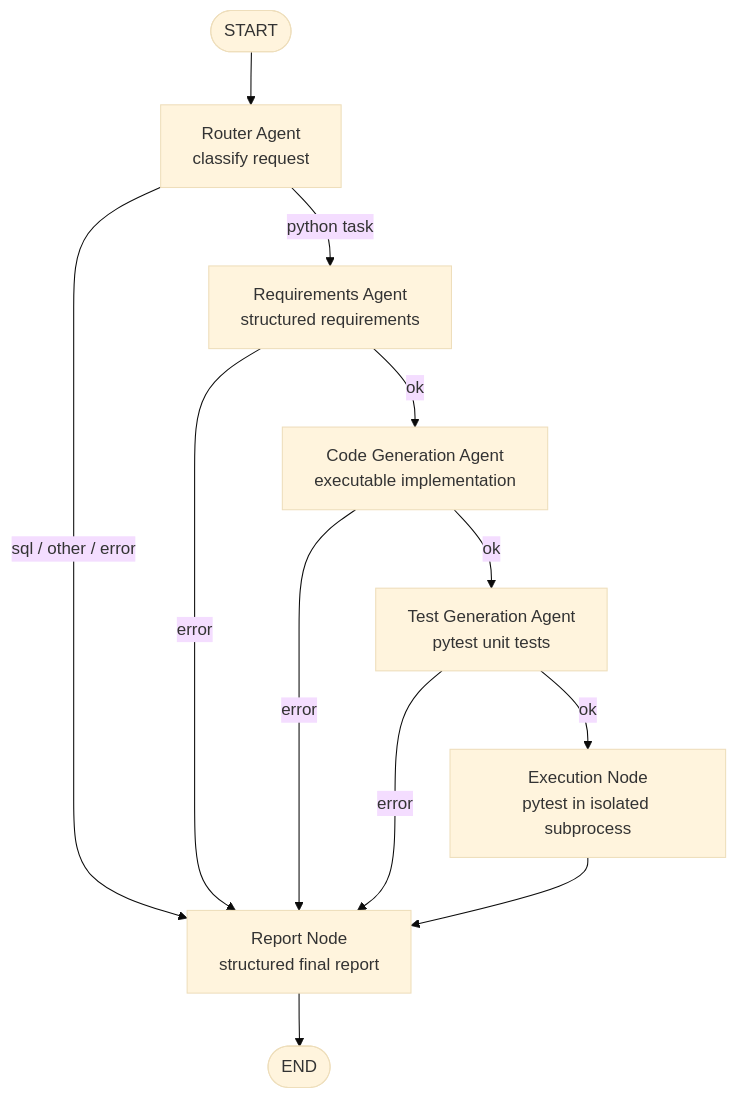
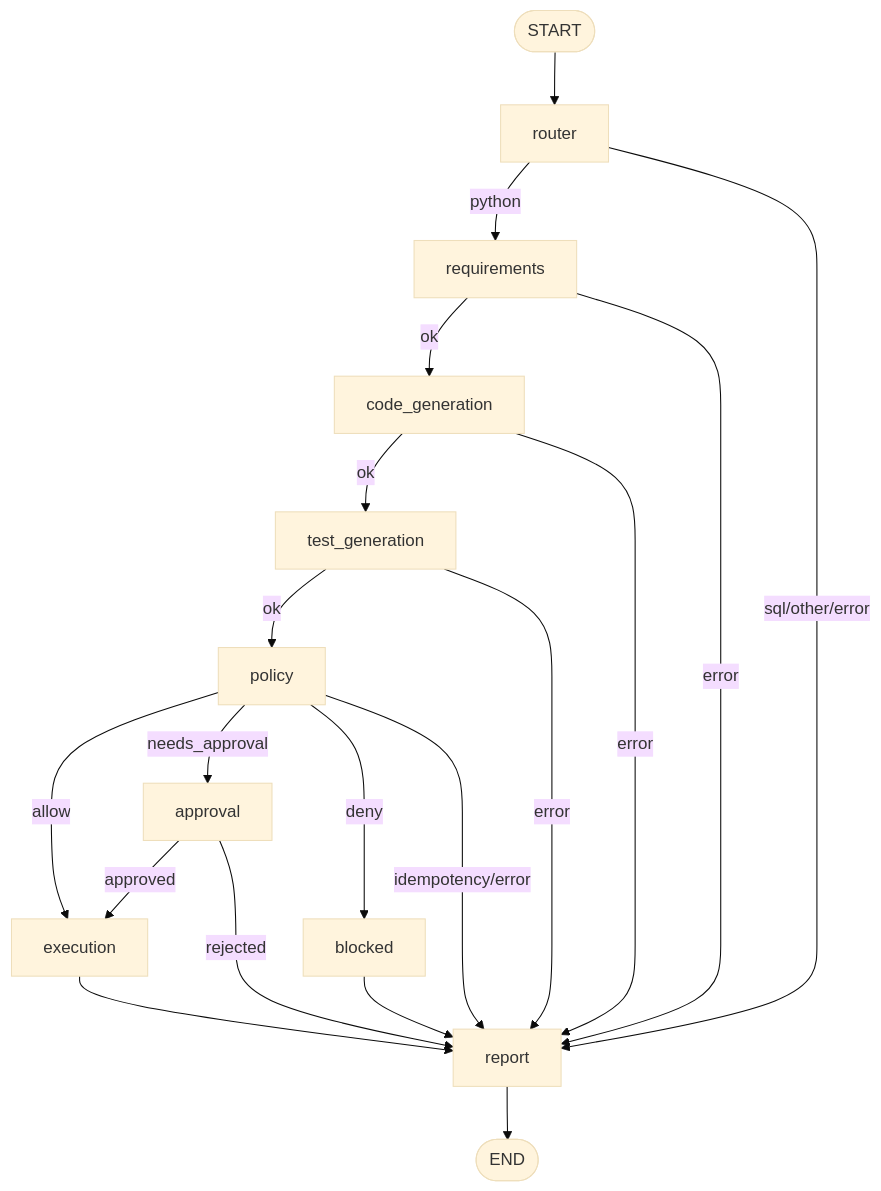
Before and after one commit to Jaxkirat/PromptOps: the diagram in README.md, drawn with Mermaid (base theme). The commit also changed other lines of this file and 17 other files, not shown here.

````diff
--- a/README.md
+++ b/README.md
@@ -201,14 +170,21 @@
 ```mermaid
-flowchart TD
-    START([START]) --> R[Router Agent<br/>classify request]
-    R -->|python task| REQ[Requirements Agent<br/>structured requirements]
-    R -->|sql / other / error| REP[Report Node<br/>structured final report]
-    REQ -->|ok| CG[Code Generation Agent<br/>executable implementation]
-    REQ -->|error| REP
-    CG -->|ok| TG[Test Generation Agent<br/>pytest unit tests]
-    CG -->|error| REP
-    TG -->|ok| EX[Execution Node<br/>pytest in isolated subprocess]
-    TG -->|error| REP
-    EX --> REP
-    REP --> END([END])
+graph TD
+    START([START]) --> router[router]
+    router -->|python| requirements
+    router -->|sql/other/error| report
+    requirements -->|ok| code_generation
+    requirements -->|error| report
+    code_generation -->|ok| test_generation
+    code_generation -->|error| report
+    test_generation -->|ok| policy
+    test_generation -->|error| report
+    policy -->|allow| execution
+    policy -->|needs_approval| approval
+    policy -->|deny| blocked
+    policy -->|idempotency/error| report
+    approval -->|approved| execution
+    approval -->|rejected| report
+    blocked --> report
+    execution --> report
+    report --> END([END])
 ```
````
